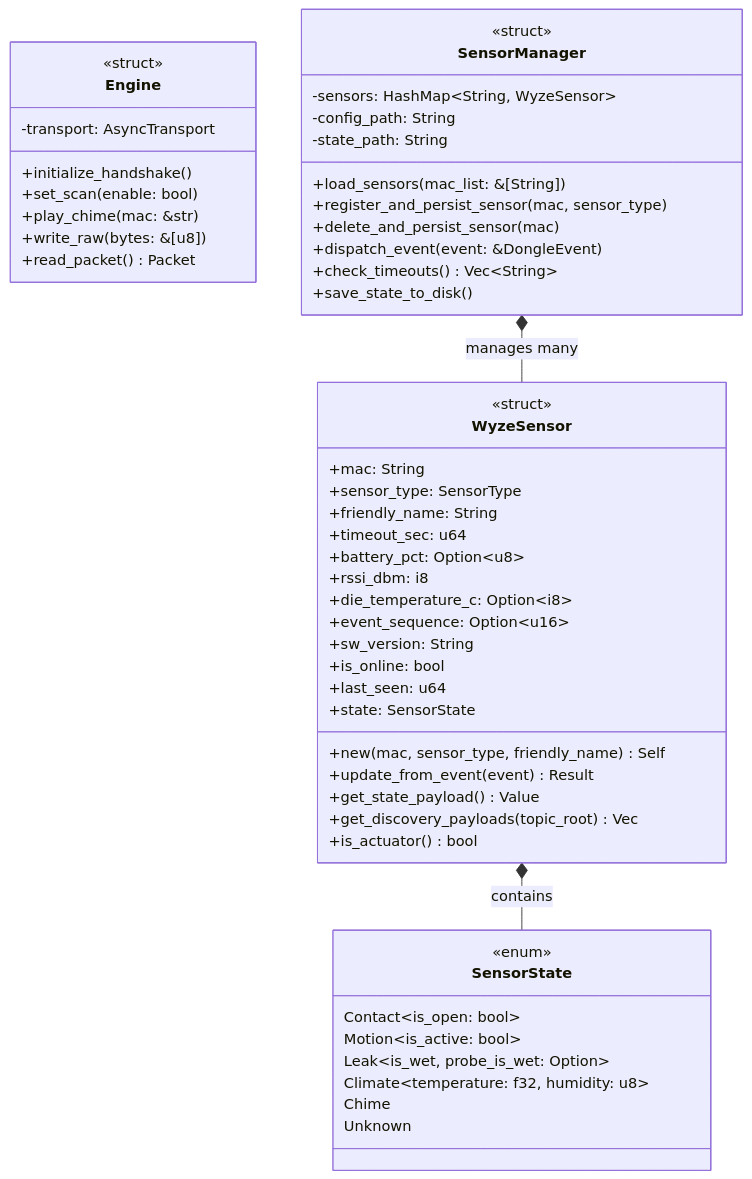
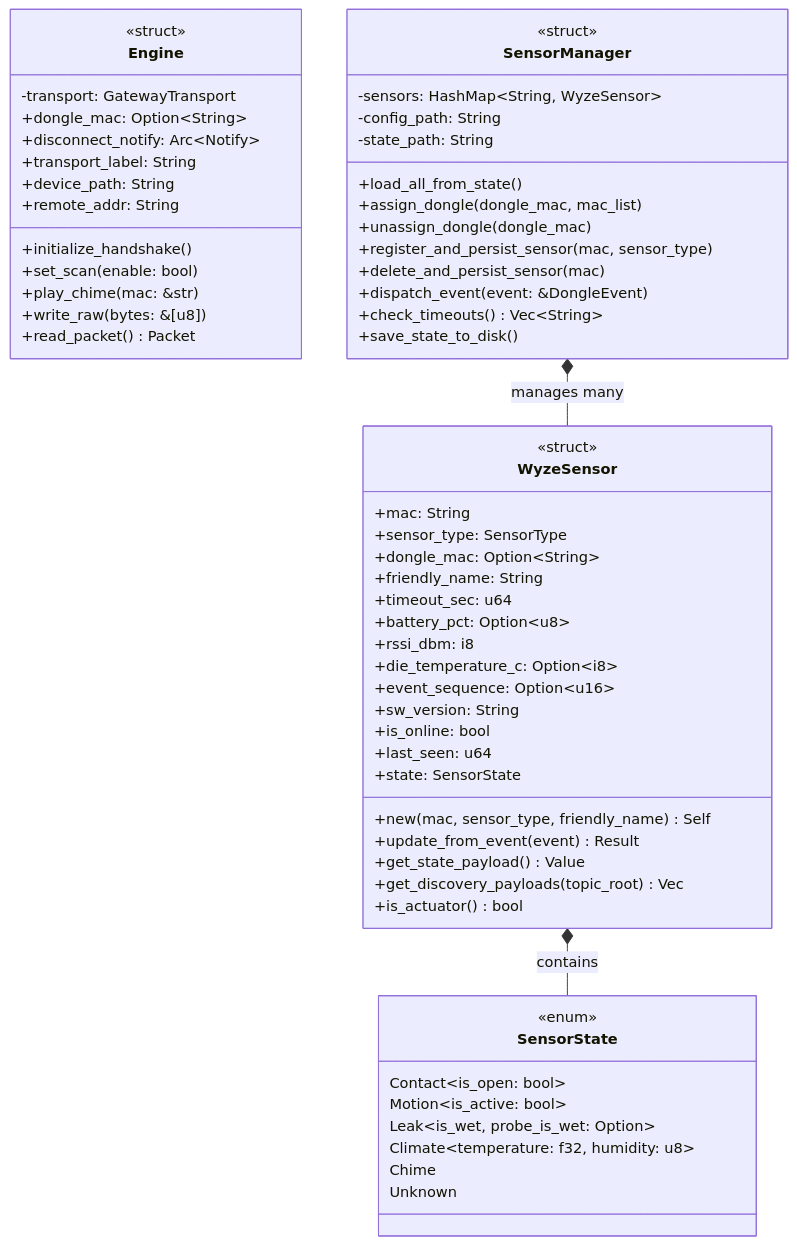
The diagram in DESIGN.md (HclX/wyzesense2mqtt-rs), drawn with Mermaid before and after one commit. The commit also changed other lines of this file and 24 other files, not shown here.

````diff
--- a/DESIGN.md
+++ b/DESIGN.md
@@ -64,59 +74,67 @@
 ```mermaid
 classDiagram
     class Engine {
         <<struct>>
-        -transport: AsyncTransport
+        -transport: GatewayTransport
+        +dongle_mac: Option~String~
+        +disconnect_notify: Arc~Notify~
+        +transport_label: String
+        +device_path: String
+        +remote_addr: String
         +initialize_handshake()
         +set_scan(enable: bool)
         +play_chime(mac: &str)
         +write_raw(bytes: &[u8])
         +read_packet() Packet
     }
 
     class SensorManager {
         <<struct>>
         -sensors: HashMap~String, WyzeSensor~
         -config_path: String
         -state_path: String
-        +load_sensors(mac_list: &[String])
+        +load_all_from_state()
+        +assign_dongle(dongle_mac, mac_list)
+        +unassign_dongle(dongle_mac)
         +register_and_persist_sensor(mac, sensor_type)
         +delete_and_persist_sensor(mac)
         +dispatch_event(event: &DongleEvent)
         +check_timeouts() Vec~String~
         +save_state_to_disk()
     }
 
     class WyzeSensor {
         <<struct>>
         +mac: String
         +sensor_type: SensorType
+        +dongle_mac: Option~String~
         +friendly_name: String
         +timeout_sec: u64
         +battery_pct: Option~u8~
         +rssi_dbm: i8
         +die_temperature_c: Option~i8~
         +event_sequence: Option~u16~
         +sw_version: String
         +is_online: bool
         +last_seen: u64
         +state: SensorState
         +new(mac, sensor_type, friendly_name) Self
         +update_from_event(event) Result
         +get_state_payload() Value
         +get_discovery_payloads(topic_root) Vec
         +is_actuator() bool
     }
 
     class SensorState {
         <<enum>>
         Contact~is_open: bool~
         Motion~is_active: bool~
         Leak~is_wet, probe_is_wet: Option~
         Climate~temperature: f32, humidity: u8~
         Chime
         Unknown
     }
 
     SensorManager *-- WyzeSensor : manages many
     WyzeSensor *-- SensorState : contains
 ```
````
